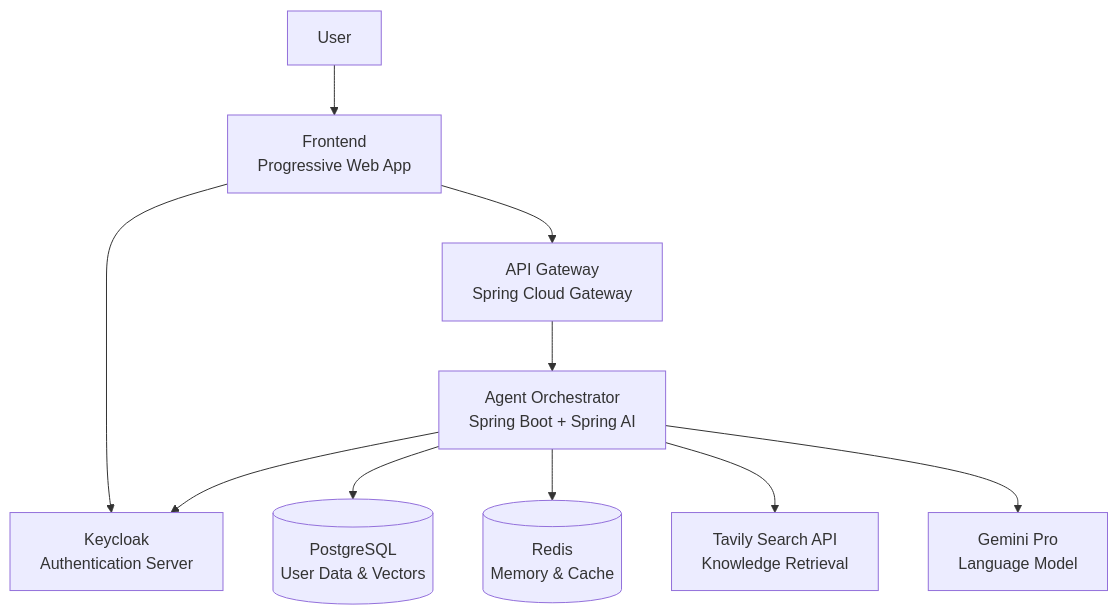
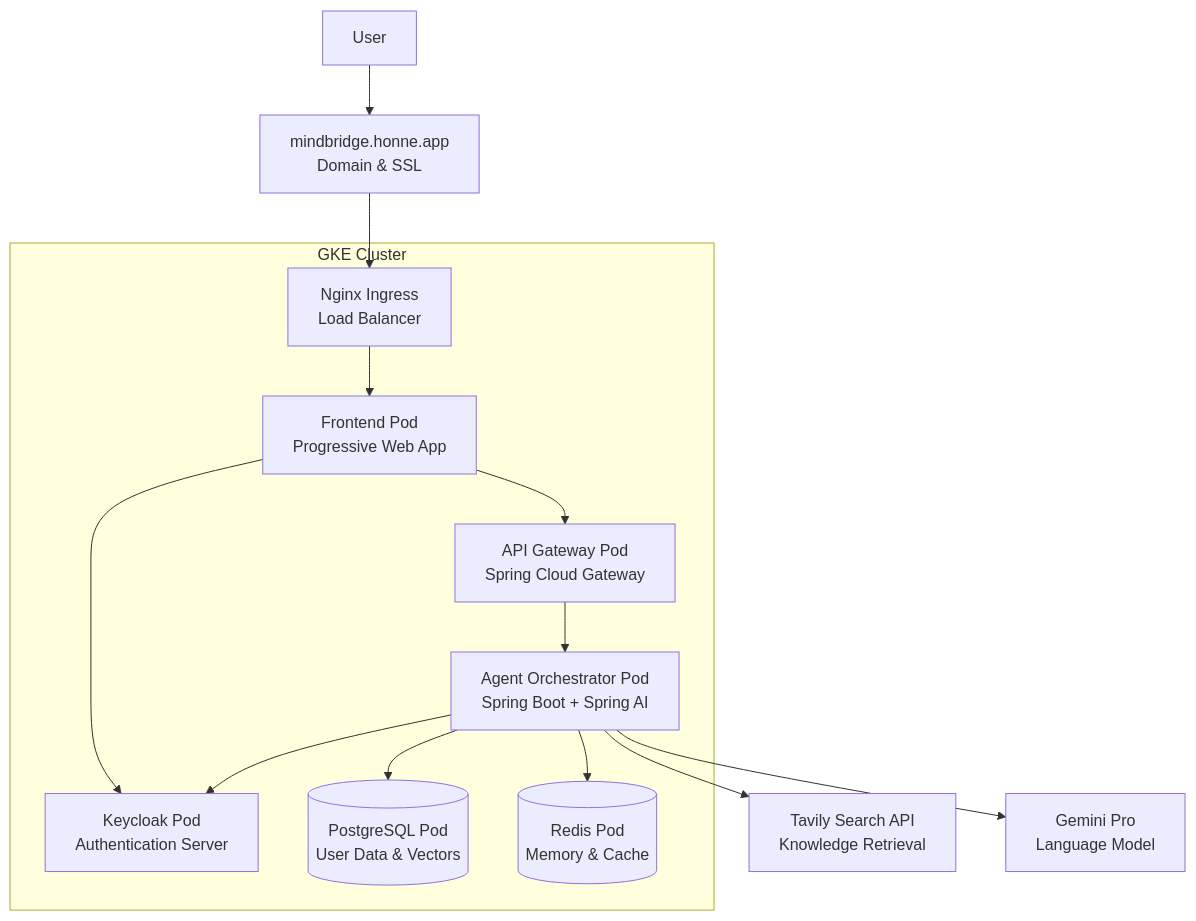
The first of 2 diagrams in README.md (peterhonne/MindBridge), drawn with Mermaid before and after one commit. The commit also changed other lines of this file, not shown here.

````diff
--- a/README.md
+++ b/README.md
@@ -47,14 +47,20 @@
 ```mermaid
 graph TB
-    User[User] --> Frontend[Frontend<br/>Progressive Web App]
-    Frontend --> Auth[Keycloak<br/>Authentication Server]
-    Frontend --> Gateway[API Gateway<br/>Spring Cloud Gateway]
+    User[User] --> Domain[mindbridge.honne.app<br/>Domain & SSL]
+    Domain --> Ingress[Nginx Ingress<br/>Load Balancer]
     
-    Gateway --> Orchestrator[Agent Orchestrator<br/>Spring Boot + Spring AI]
-    Orchestrator --> Auth
+    subgraph "GKE Cluster"
+        Ingress --> Frontend[Frontend Pod<br/>Progressive Web App]
+        Frontend --> Auth[Keycloak Pod<br/>Authentication Server]
+        Frontend --> Gateway[API Gateway Pod<br/>Spring Cloud Gateway]
+        
+        Gateway --> Orchestrator[Agent Orchestrator Pod<br/>Spring Boot + Spring AI]
+        Orchestrator --> Auth
+        
+        Orchestrator --> DB[(PostgreSQL Pod<br/>User Data & Vectors)]
+        Orchestrator --> Cache[(Redis Pod<br/>Memory & Cache)]
+    end
     
-    Orchestrator --> DB[(PostgreSQL<br/>User Data & Vectors)]
-    Orchestrator --> Cache[(Redis<br/>Memory & Cache)]
     Orchestrator --> Tavily[Tavily Search API<br/>Knowledge Retrieval]
     Orchestrator --> LLM[Gemini Pro<br/>Language Model]
 ```
````
